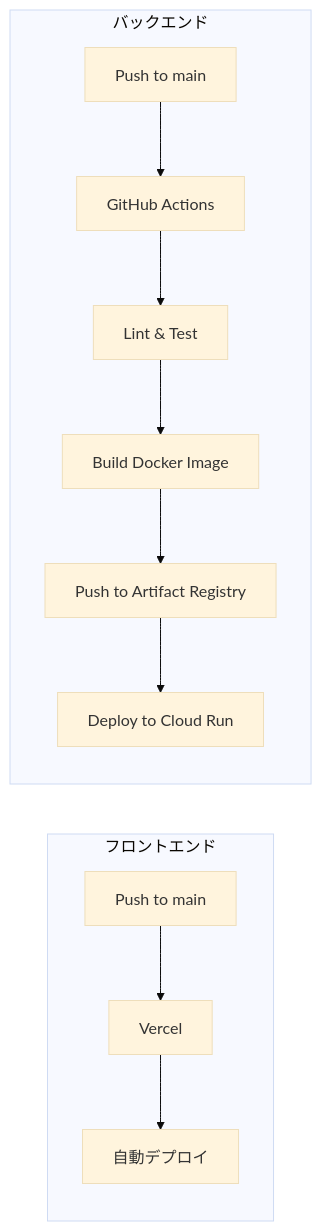
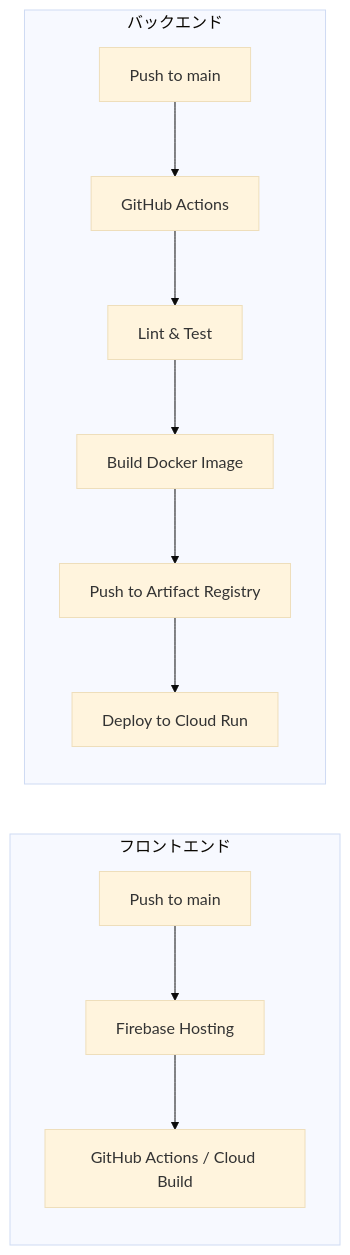
The first of 3 diagrams in docs/architecture.md (nuance-sudo/drawing-practice-agent-gch4), drawn with Mermaid (base theme) before and after one commit. The commit also changed other lines of this file and 6 other files, not shown here.

````diff
--- a/docs/architecture.md
+++ b/docs/architecture.md
@@ -83,15 +83,15 @@
 ```mermaid
 flowchart LR
     subgraph Frontend["フロントエンド"]
-        A1[Push to main] --> B1[Vercel]
-        B1 --> C1[自動デプロイ]
+        A1[Push to main] --> B1[Firebase Hosting]
+        B1 --> C1[GitHub Actions / Cloud Build]
     end
     
     subgraph Backend["バックエンド"]
         A2[Push to main] --> B2[GitHub Actions]
         B2 --> C2[Lint & Test]
         C2 --> D2[Build Docker Image]
         D2 --> E2[Push to Artifact Registry]
         E2 --> F2[Deploy to Cloud Run]
     end
 ```
````
